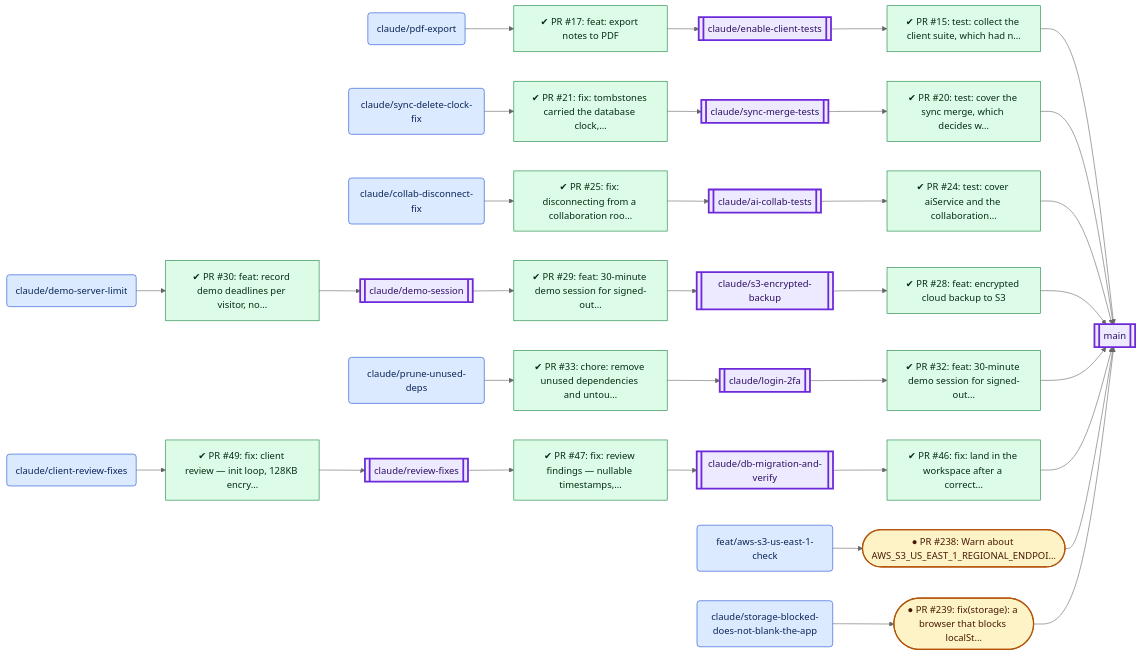
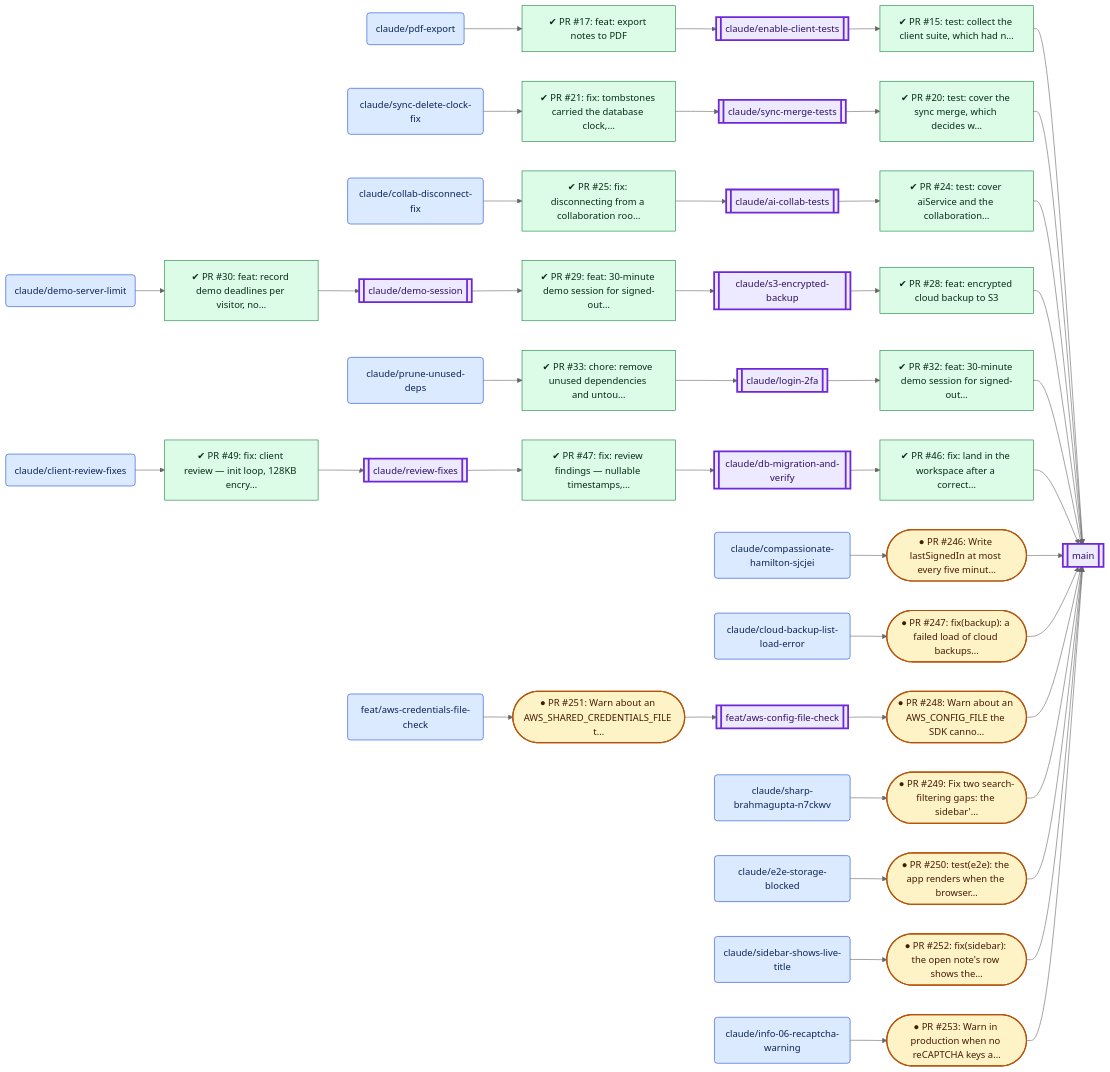
The second of 7 diagrams in docs/PR_BRANCH_VISUALIZATION.md (VijayKumaro7/NotionAI_Notepad), drawn with Mermaid (neutral theme) before and after one commit. The commit also changed other lines of this file and 2 other files, not shown here.

````diff
--- a/docs/PR_BRANCH_VISUALIZATION.md
+++ b/docs/PR_BRANCH_VISUALIZATION.md
@@ -77,22 +79,28 @@
 ```mermaid
 flowchart LR
-  b24[["claude/enable-client-tests"]]:::target
-  b133[["main"]]:::target
-  b38("claude/pdf-export"):::source
-  b61[["claude/sync-merge-tests"]]:::target
-  b60("claude/sync-delete-clock-fix"):::source
+  b27[["claude/enable-client-tests"]]:::target
+  b143[["main"]]:::target
+  b42("claude/pdf-export"):::source
+  b68[["claude/sync-merge-tests"]]:::target
+  b67("claude/sync-delete-clock-fix"):::source
   b7[["claude/ai-collab-tests"]]:::target
-  b14("claude/collab-disconnect-fix"):::source
-  b47[["claude/s3-encrypted-backup"]]:::target
-  b20[["claude/demo-session"]]:::target
-  b19("claude/demo-server-limit"):::source
-  b37[["claude/login-2fa"]]:::target
-  b40("claude/prune-unused-deps"):::source
-  b18[["claude/db-migration-and-verify"]]:::target
-  b46[["claude/review-fixes"]]:::target
+  b15("claude/collab-disconnect-fix"):::source
+  b51[["claude/s3-encrypted-backup"]]:::target
+  b22[["claude/demo-session"]]:::target
+  b21("claude/demo-server-limit"):::source
+  b41[["claude/login-2fa"]]:::target
+  b44("claude/prune-unused-deps"):::source
+  b20[["claude/db-migration-and-verify"]]:::target
+  b50[["claude/review-fixes"]]:::target
   b10("claude/client-review-fixes"):::source
-  b118("feat/aws-s3-us-east-1-check"):::source
-  b58("claude/storage-blocked-does-not-blank-the-app"):::source
+  b19("claude/compassionate-hamilton-sjcjei"):::source
+  b11("claude/cloud-backup-list-load-error"):::source
+  b121[["feat/aws-config-file-check"]]:::target
+  b61("claude/sharp-brahmagupta-n7ckwv"):::source
+  b25("claude/e2e-storage-blocked"):::source
+  b122("feat/aws-credentials-file-check"):::source
+  b63("claude/sidebar-shows-live-title"):::source
+  b38("claude/info-06-recaptcha-warning"):::source
   p15["✔ PR #15: test: collect the client suite, which had n…"]:::merged
   p17["✔ PR #17: feat: export notes to PDF"]:::merged
   p20["✔ PR #20: test: cover the sync merge, which decides w…"]:::merged
@@ -107,40 +115,58 @@
   p46["✔ PR #46: fix: land in the workspace after a correct…"]:::merged
   p47["✔ PR #47: fix: review findings — nullable timestamps,…"]:::merged
   p49["✔ PR #49: fix: client review — init loop, 128KB encry…"]:::merged
-  p238(["● PR #238: Warn about AWS_S3_US_EAST_1_REGIONAL_ENDPOI…"]):::open
-  p239(["● PR #239: fix(storage): a browser that blocks localSt…"]):::open
-  b24 --> p15
-  p15 --> b133
-  b38 --> p17
-  p17 --> b24
-  b61 --> p20
-  p20 --> b133
-  b60 --> p21
-  p21 --> b61
+  p246(["● PR #246: Write lastSignedIn at most every five minut…"]):::open
+  p247(["● PR #247: fix(backup): a failed load of cloud backups…"]):::open
+  p248(["● PR #248: Warn about an AWS_CONFIG_FILE the SDK canno…"]):::open
+  p249(["● PR #249: Fix two search-filtering gaps: the sidebar'…"]):::open
+  p250(["● PR #250: test(e2e): the app renders when the browser…"]):::open
+  p251(["● PR #251: Warn about an AWS_SHARED_CREDENTIALS_FILE t…"]):::open
+  p252(["● PR #252: fix(sidebar): the open note's row shows the…"]):::open
+  p253(["● PR #253: Warn in production when no reCAPTCHA keys a…"]):::open
+  b27 --> p15
+  p15 --> b143
+  b42 --> p17
+  p17 --> b27
+  b68 --> p20
+  p20 --> b143
+  b67 --> p21
+  p21 --> b68
   b7 --> p24
-  p24 --> b133
-  b14 --> p25
+  p24 --> b143
+  b15 --> p25
   p25 --> b7
-  b47 --> p28
-  p28 --> b133
-  b20 --> p29
-  p29 --> b47
-  b19 --> p30
-  p30 --> b20
-  b37 --> p32
-  p32 --> b133
-  b40 --> p33
-  p33 --> b37
-  b18 --> p46
-  p46 --> b133
-  b46 --> p47
-  p47 --> b18
+  b51 --> p28
+  p28 --> b143
+  b22 --> p29
+  p29 --> b51
+  b21 --> p30
+  p30 --> b22
+  b41 --> p32
+  p32 --> b143
+  b44 --> p33
+  p33 --> b41
+  b20 --> p46
+  p46 --> b143
+  b50 --> p47
+  p47 --> b20
   b10 --> p49
-  p49 --> b46
-  b118 --> p238
-  p238 --> b133
-  b58 --> p239
-  p239 --> b133
+  p49 --> b50
+  b19 --> p246
+  p246 --> b143
+  b11 --> p247
+  p247 --> b143
+  b121 --> p248
+  p248 --> b143
+  b61 --> p249
+  p249 --> b143
+  b25 --> p250
+  p250 --> b143
+  b122 --> p251
+  p251 --> b121
+  b63 --> p252
+  p252 --> b143
+  b38 --> p253
+  p253 --> b143
   classDef source fill:#dbeafe,stroke:#1d4ed8,color:#0b2559
   classDef target fill:#ede9fe,stroke:#6d28d9,stroke-width:3px,color:#2e1065
   classDef open fill:#fef3c7,stroke:#b45309,stroke-width:2px,color:#451a03
````
